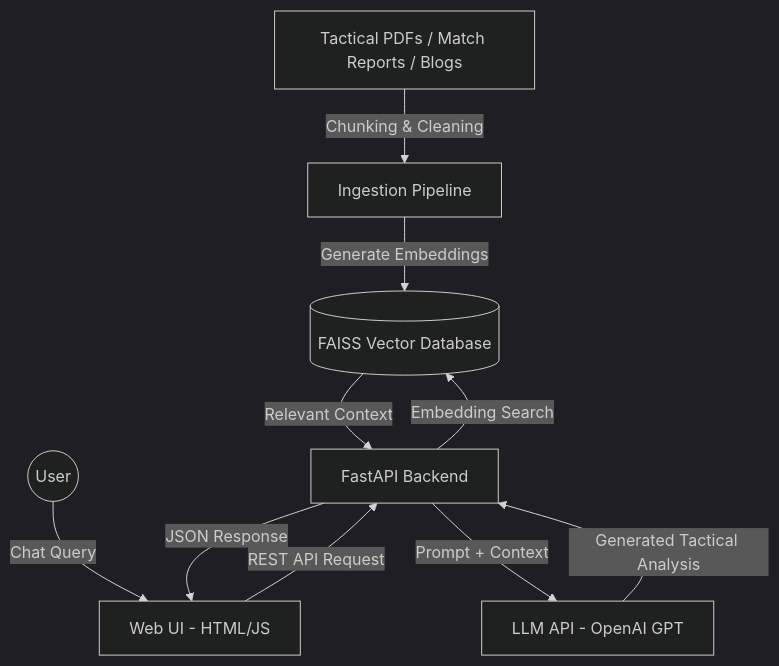
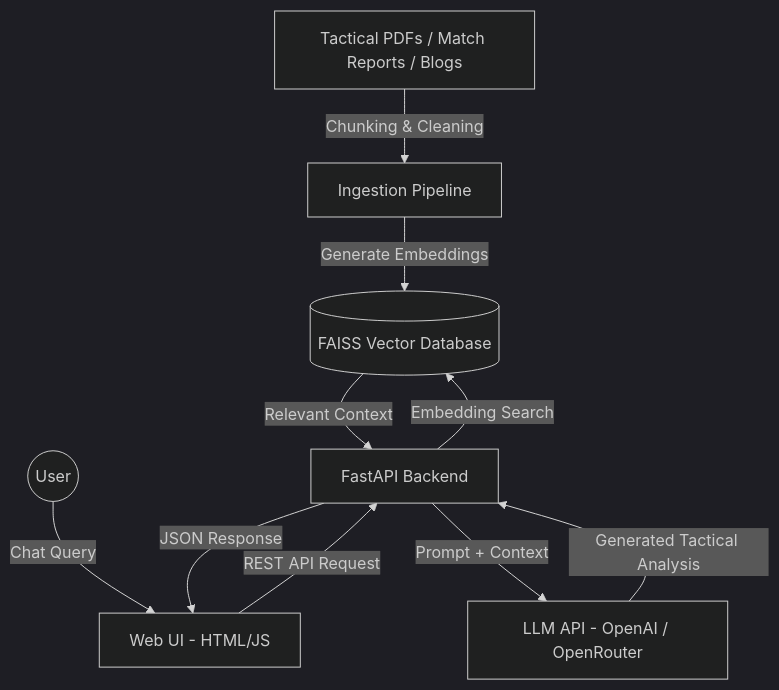
The diagram in README.md (Akilan-J/FootBot), drawn with Mermaid (dark theme) before and after one commit. The commit also changed other lines of this file and 1 other file, not shown here.

````diff
--- a/README.md
+++ b/README.md
@@ -30,23 +29,23 @@
 ```mermaid
 graph TD
 
     A[Tactical PDFs / Match Reports / Blogs]
     -->|Chunking & Cleaning| B[Ingestion Pipeline]
 
     B -->|Generate Embeddings| C[(FAISS Vector Database)]
 
     User((User))
     -->|Chat Query| D[Web UI - HTML/JS]
 
     D -->|REST API Request| E[FastAPI Backend]
 
     E -->|Embedding Search| C
 
     C -->|Relevant Context| E
 
-    E -->|Prompt + Context| F[LLM API - OpenAI GPT]
+    E -->|Prompt + Context| F[LLM API - OpenAI / OpenRouter]
 
     F -->|Generated Tactical Analysis| E
 
     E -->|JSON Response| D
 ```
````
